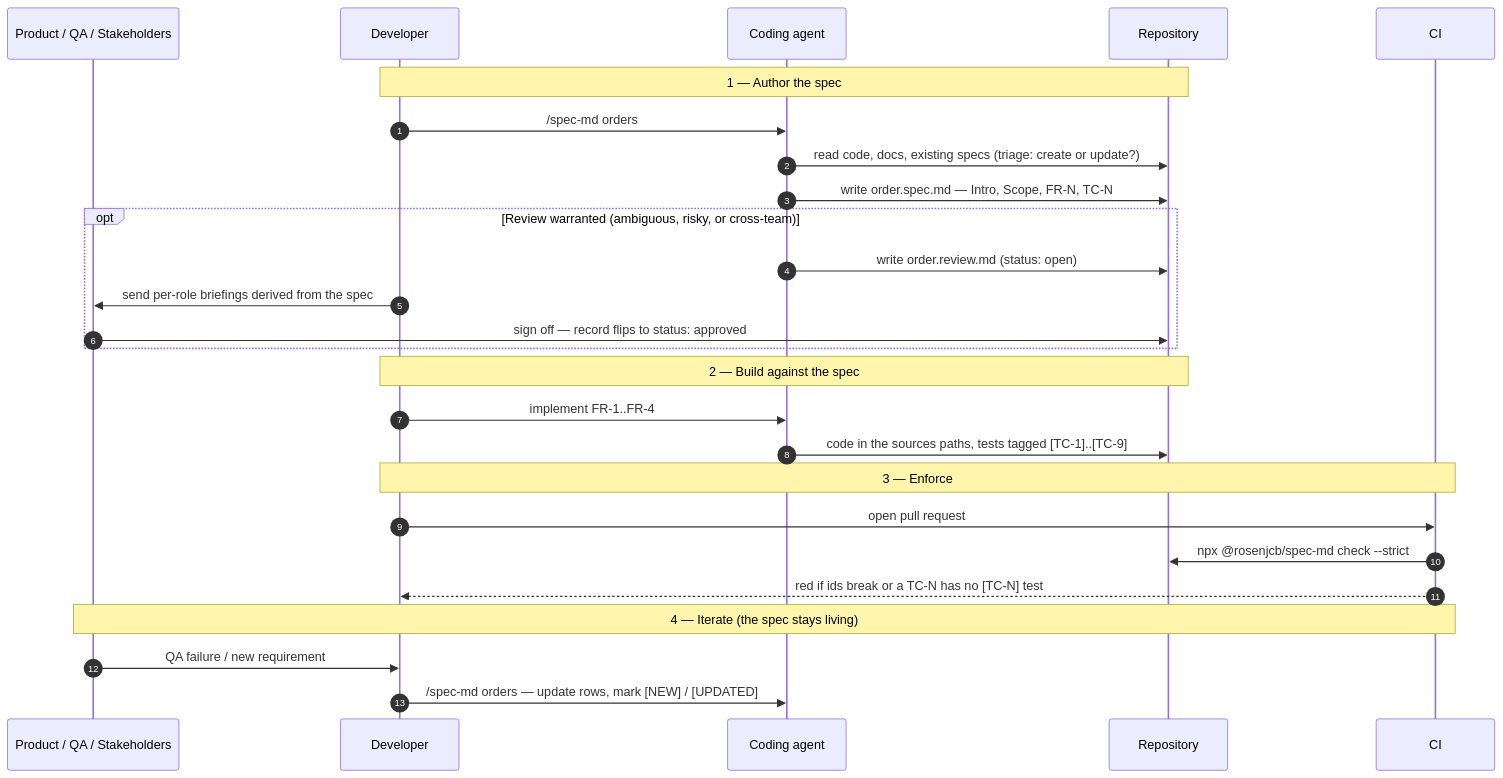
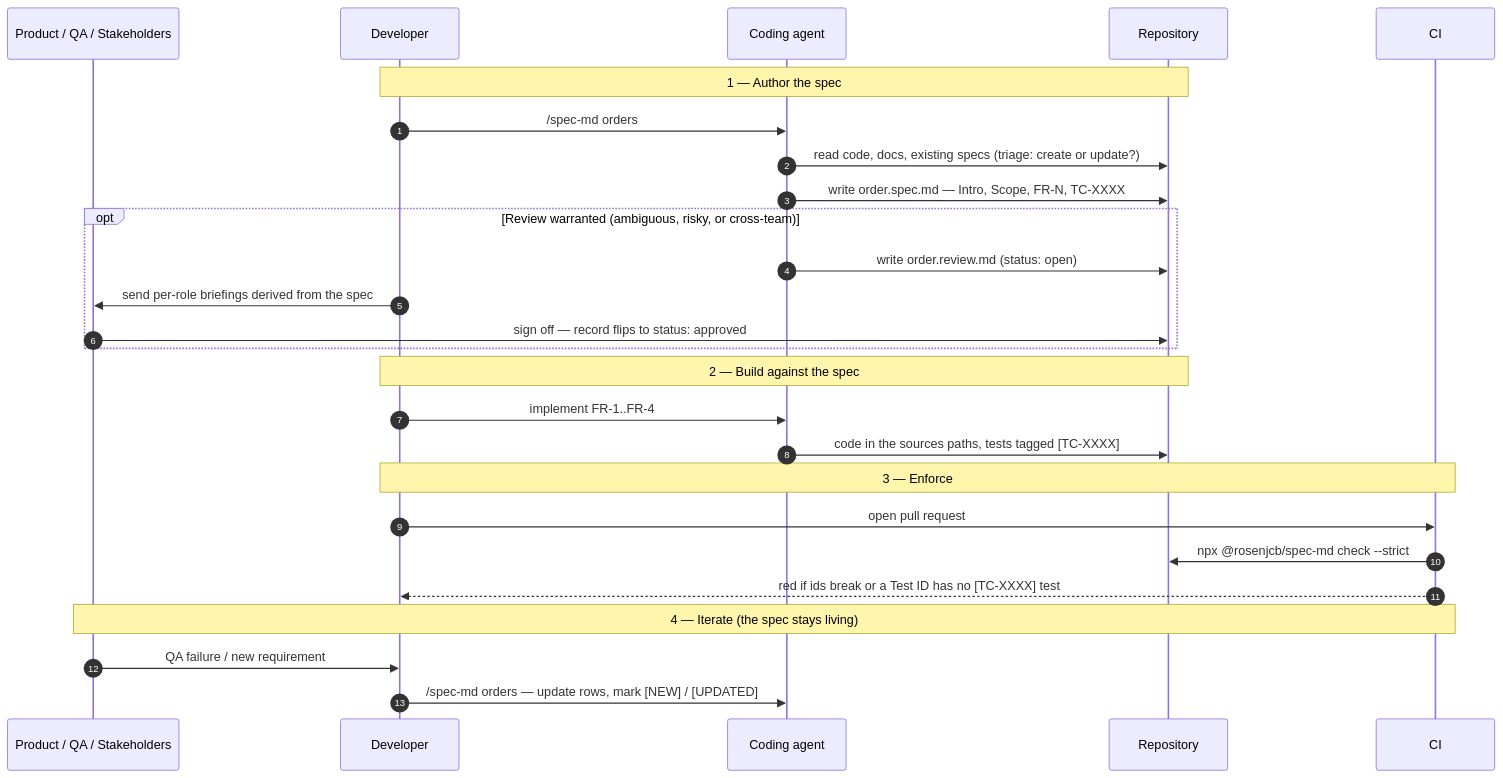
The second of 2 diagrams in README.md (rosenjcb/spec-md), drawn with Mermaid before and after one commit. The commit also changed other lines of this file and 42 other files, not shown here.

First line of the commit message:
Replace sequential TC-N ids with stable TC-XXXX join keys

````diff
--- a/README.md
+++ b/README.md
@@ -218,33 +220,33 @@
 ```mermaid
 sequenceDiagram
     autonumber
     participant PM as Product / QA / Stakeholders
     participant Dev as Developer
     participant Agent as Coding agent
     participant Repo as Repository
     participant CI as CI
 
     Note over Dev,Repo: 1 — Author the spec
     Dev->>Agent: /spec-md orders
     Agent->>Repo: read code, docs, existing specs (triage: create or update?)
-    Agent->>Repo: write order.spec.md — Intro, Scope, FR-N, TC-N
+    Agent->>Repo: write order.spec.md — Intro, Scope, FR-N, TC-XXXX
 
     opt Review warranted (ambiguous, risky, or cross-team)
         Agent->>Repo: write order.review.md (status: open)
         Dev->>PM: send per-role briefings derived from the spec
         PM->>Repo: sign off — record flips to status: approved
     end
 
     Note over Dev,Repo: 2 — Build against the spec
     Dev->>Agent: implement FR-1..FR-4
-    Agent->>Repo: code in the sources paths, tests tagged [TC-1]..[TC-9]
+    Agent->>Repo: code in the sources paths, tests tagged [TC-XXXX]
 
     Note over Dev,CI: 3 — Enforce
     Dev->>CI: open pull request
     CI->>Repo: npx @rosenjcb/spec-md check --strict
-    CI-->>Dev: red if ids break or a TC-N has no [TC-N] test
+    CI-->>Dev: red if ids break or a Test ID has no [TC-XXXX] test
 
     Note over PM,CI: 4 — Iterate (the spec stays living)
     PM->>Dev: QA failure / new requirement
     Dev->>Agent: /spec-md orders — update rows, mark [NEW] / [UPDATED]
 ```
````
